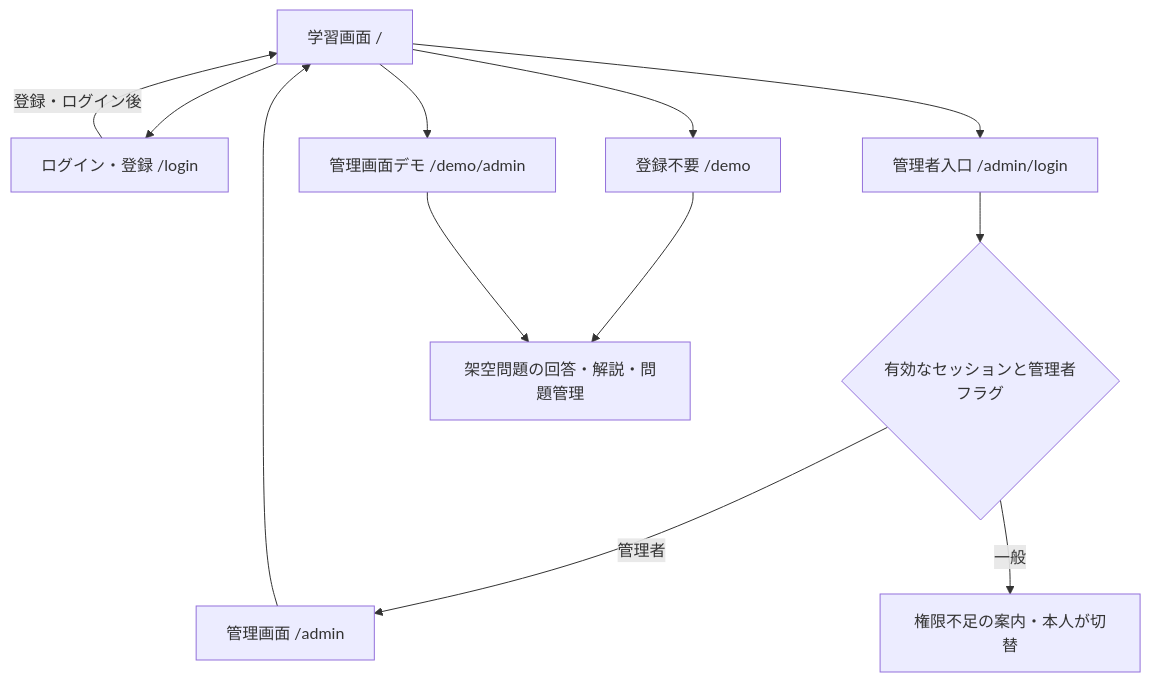
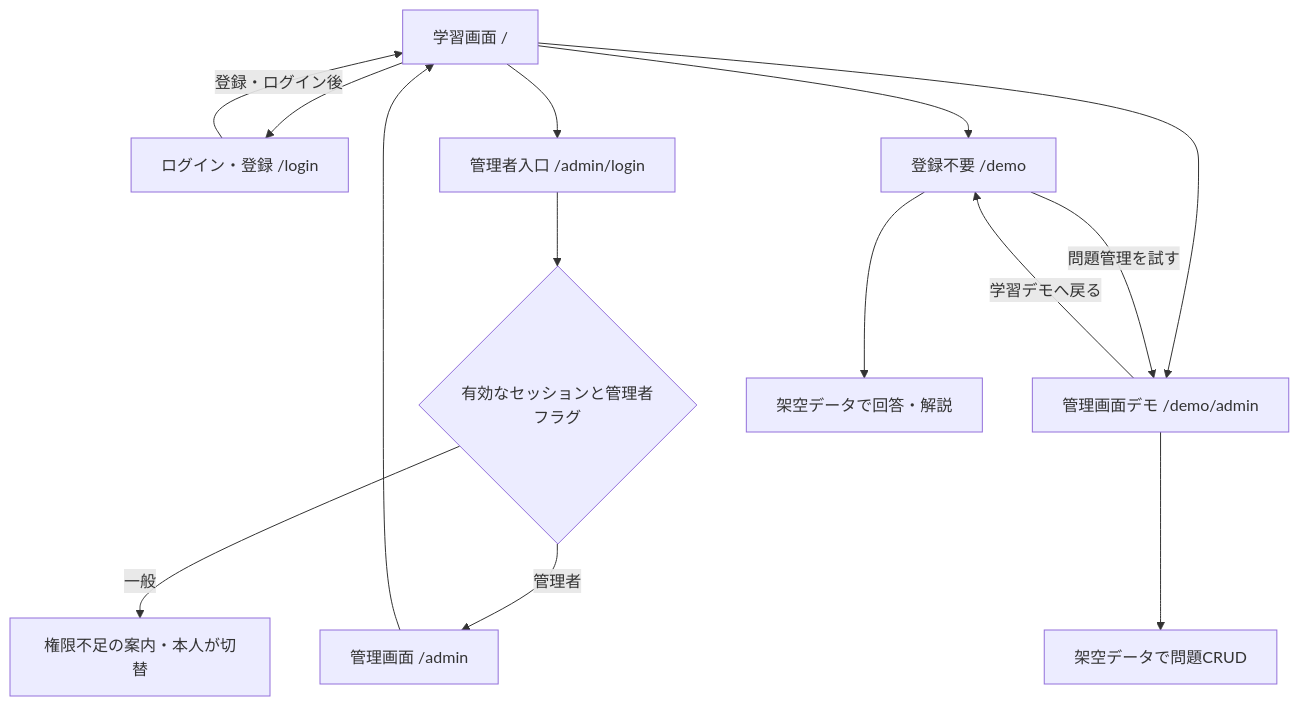
Before and after one commit to bonbabo108/codestep-portfolio: the diagram in docs/workflow.md, drawn with Mermaid. The commit also changed other lines of this file, not shown here.

Commit message:
docs: show both demo directions and distinguish pending PR5 exit links

````diff
--- a/docs/workflow.md
+++ b/docs/workflow.md
@@ -5,14 +5,16 @@
 ```mermaid
 flowchart TD
   H[学習画面 /] --> L[ログイン・登録 /login]
   L -->|登録・ログイン後| H
   H --> A[管理者入口 /admin/login]
   A --> C{有効なセッションと管理者フラグ}
   C -->|管理者| Q[管理画面 /admin]
   C -->|一般| N[権限不足の案内・本人が切替]
   Q --> H
   H --> D[登録不要 /demo]
-  D --> S[架空問題の回答・解説・問題管理]
   H --> AD[管理画面デモ /demo/admin]
-  AD --> S
+  D -->|問題管理を試す| AD
+  AD -->|学習デモへ戻る| D
+  D --> S[架空データで回答・解説]
+  AD --> M[架空データで問題CRUD]
 ```
````
